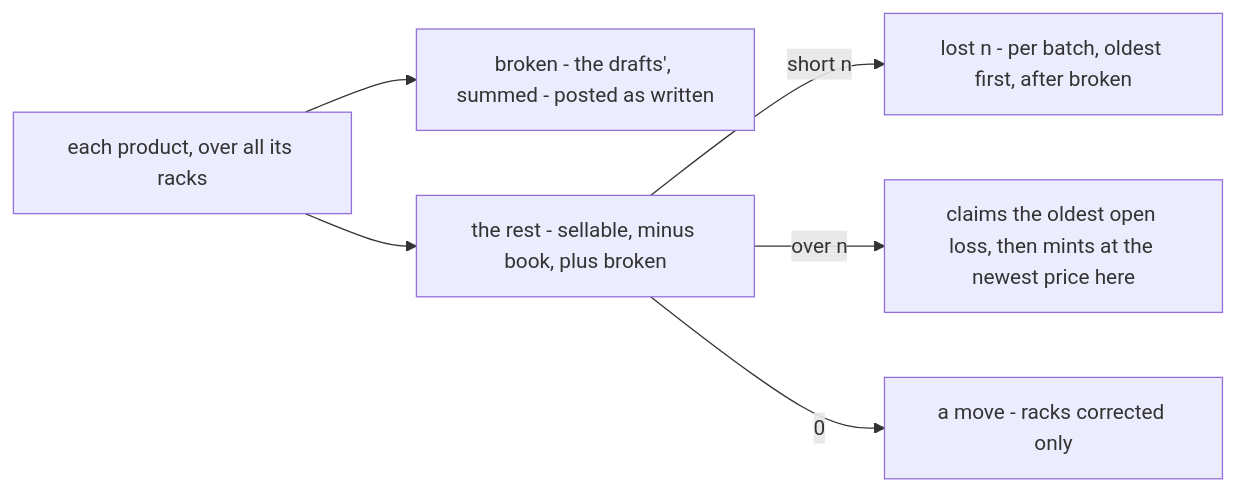
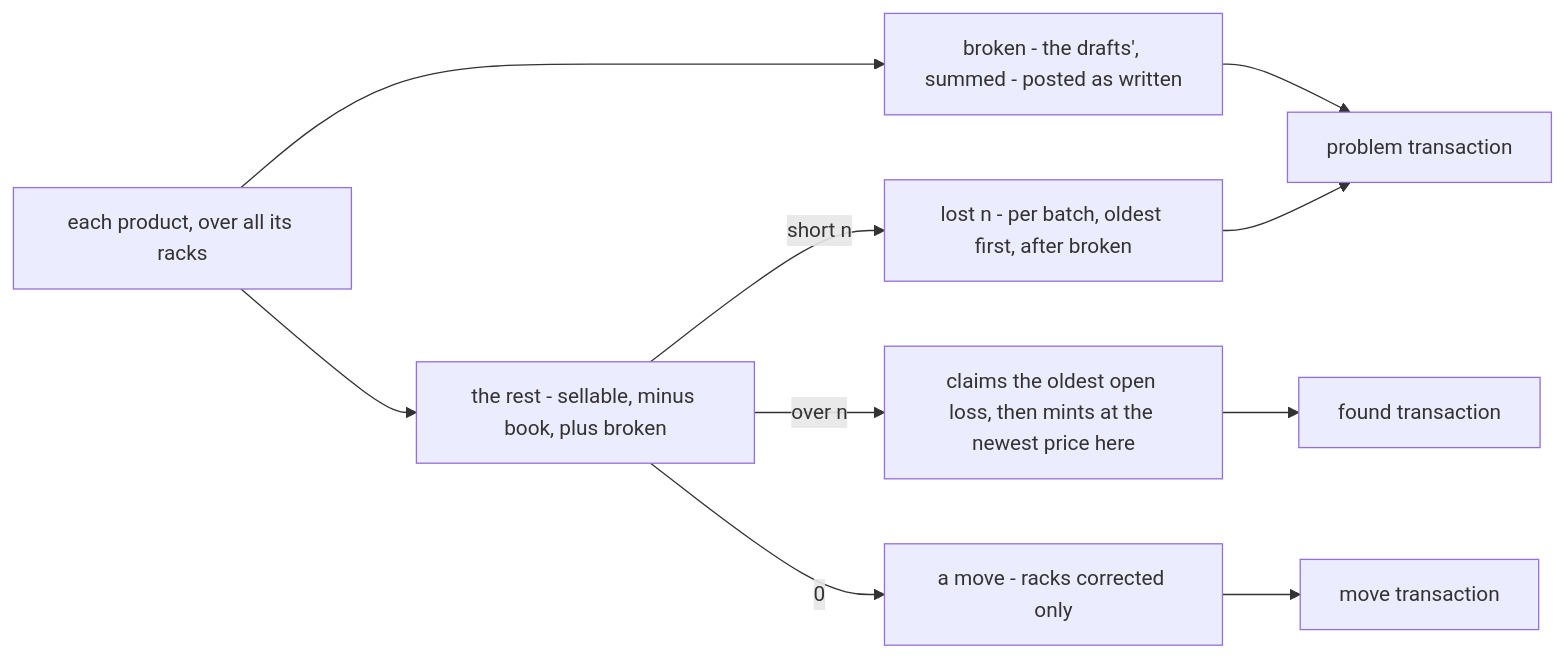
One commit to pdcgo/warehouse_revamp changed diagram 17 of 21 in docs/services/inventory_service/rpc.md. Above: the diagram before and after it, drawn with Mermaid. The commit also changed other lines of this file and 159 other files, not shown here.

````diff
--- a/docs/services/inventory_service/rpc.md
+++ b/docs/services/inventory_service/rpc.md
@@ -852,8 +794,12 @@
 ```mermaid
 flowchart LR
   P["each product, over all its racks"] --> B["broken - the drafts', summed - posted as written"]
   P --> R["the rest - sellable, minus book, plus broken"]
   R -->|"short n"| L["lost n - per batch, oldest first, after broken"]
   R -->|"over n"| C["claims the oldest open loss, then mints at the newest price here"]
   R -->|"0"| M["a move - racks corrected only"]
+  B --> PT["problem transaction"]
+  L --> PT
+  C --> FT["found transaction"]
+  M --> MT["move transaction"]
 ```
````
